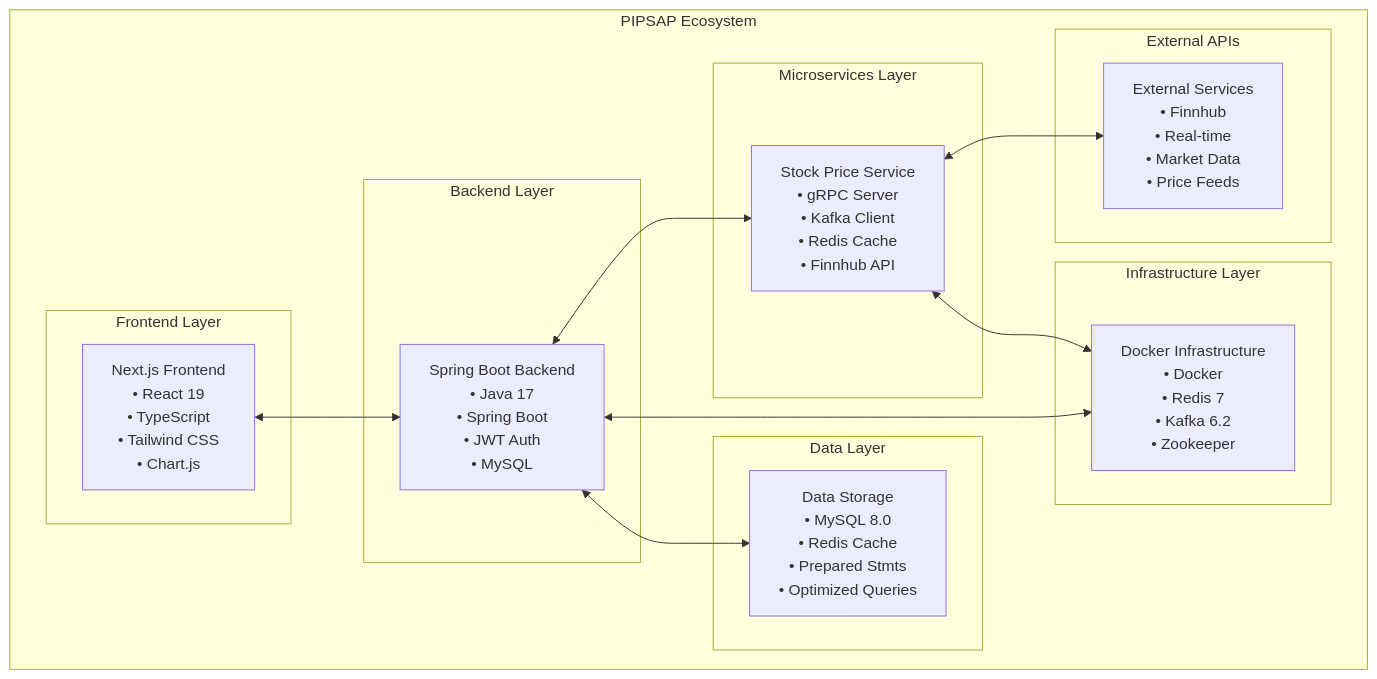
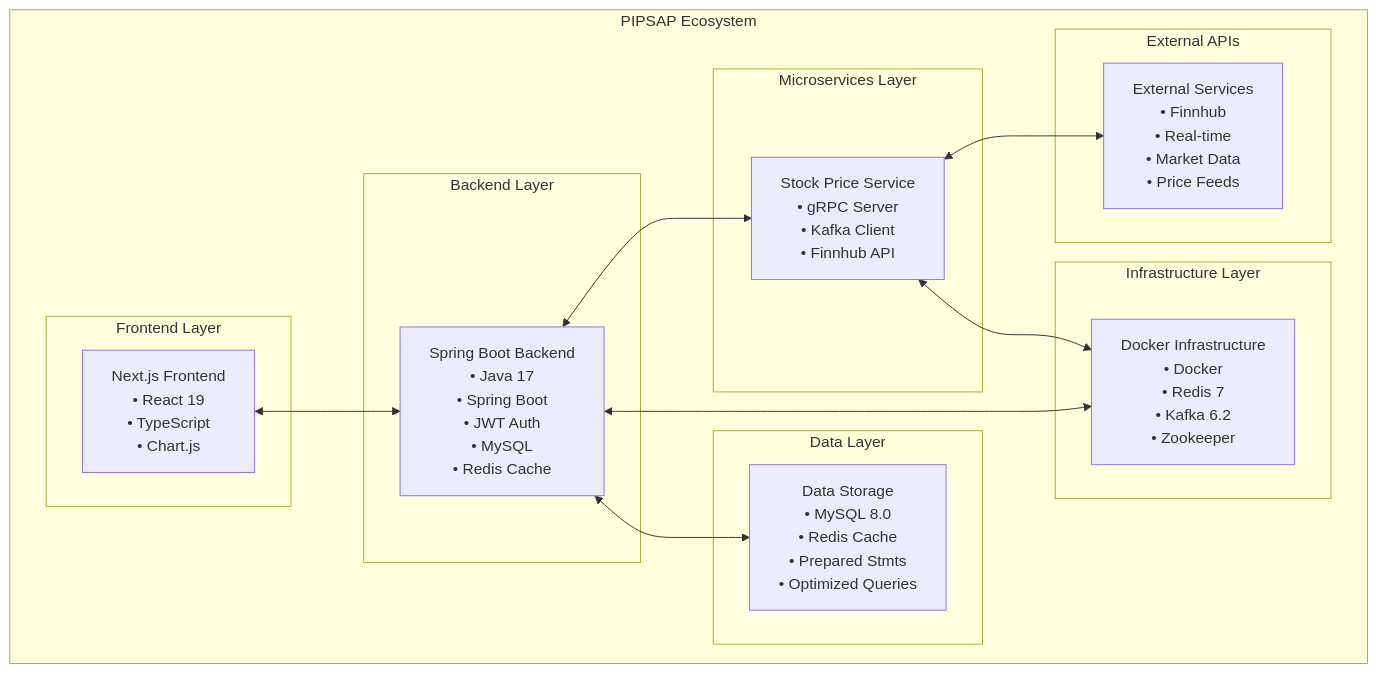
The first of 4 diagrams in README.md (firasastwani/Personal-Investment-Portfolio-Manager), drawn with Mermaid before and after one commit. The commit also changed other lines of this file and 1 other file, not shown here.

````diff
--- a/README.md
+++ b/README.md
@@ -18,35 +18,35 @@
 ```mermaid
 graph TB
     subgraph "PIPSAP Ecosystem"
         subgraph "Frontend Layer"
-            A[Next.js Frontend<br/>• React 19<br/>• TypeScript<br/>• Tailwind CSS<br/>• Chart.js]
+            A[Next.js Frontend<br/>• React 19<br/>• TypeScript<br/>• Chart.js]
         end
 
         subgraph "Backend Layer"
-            B[Spring Boot Backend<br/>• Java 17<br/>• Spring Boot<br/>• JWT Auth<br/>• MySQL]
+            B[Spring Boot Backend<br/>• Java 17<br/>• Spring Boot<br/>• JWT Auth<br/>• MySQL<br/>• Redis Cache]
         end
 
         subgraph "Microservices Layer"
-            C[Stock Price Service<br/>• gRPC Server<br/>• Kafka Client<br/>• Redis Cache<br/>• Finnhub API]
+            C[Stock Price Service<br/>• gRPC Server<br/>• Kafka Client<br/>• Finnhub API]
         end
 
         subgraph "Infrastructure Layer"
             D[Docker Infrastructure<br/>• Docker<br/>• Redis 7<br/>• Kafka 6.2<br/>• Zookeeper]
         end
 
         subgraph "Data Layer"
             E[Data Storage<br/>• MySQL 8.0<br/>• Redis Cache<br/>• Prepared Stmts<br/>• Optimized Queries]
         end
 
         subgraph "External APIs"
             F[External Services<br/>• Finnhub<br/>• Real-time<br/>• Market Data<br/>• Price Feeds]
         end
     end
 
     A <--> B
     B <--> C
     B <--> D
     B <--> E
     C <--> F
     C <--> D
 ```
````
